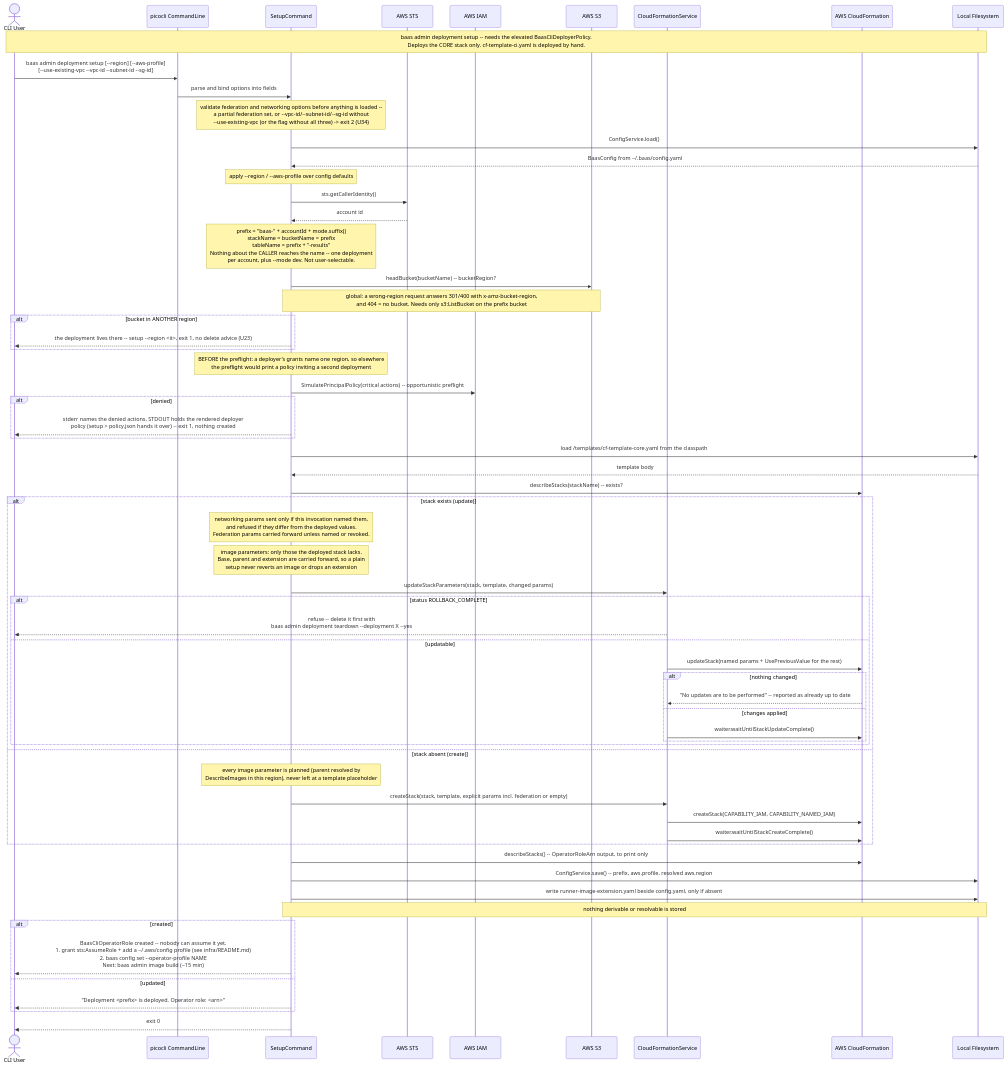
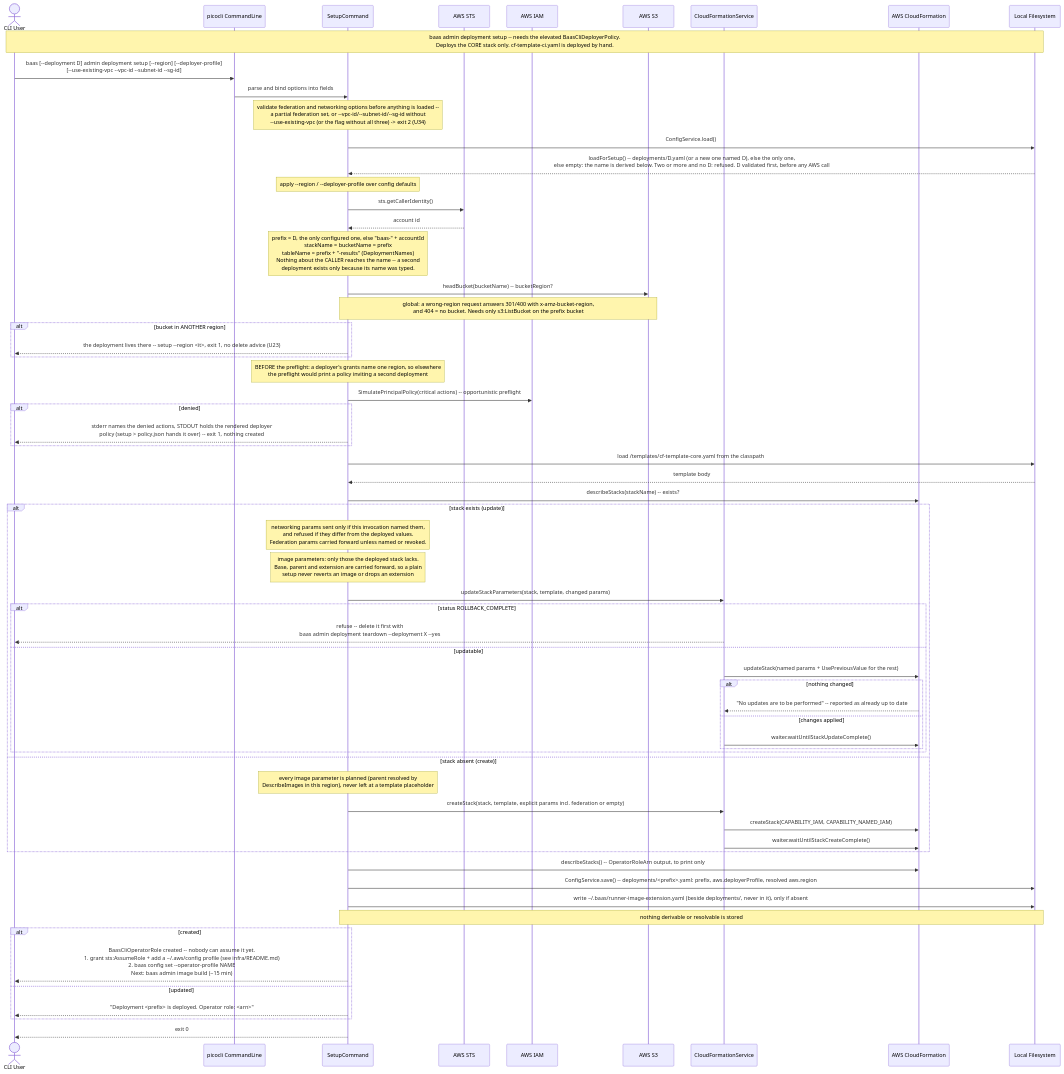
One commit to wsztajerowski/benchmark-as-a-service changed the diagram in docs/diagrams/baas-setup.mmd. Above: the diagram before and after it, drawn with Mermaid. The commit also changed 17 other files, not shown here.

First line of the commit message:
docs: record several deployments per account (ADR 0006) and close U36, C5, U33

```diff
--- a/docs/diagrams/baas-setup.mmd
+++ b/docs/diagrams/baas-setup.mmd
@@ -1,68 +1,68 @@
 sequenceDiagram
     actor User as CLI User
     participant picocli as picocli CommandLine
     participant SC as SetupCommand
     participant STS as AWS STS
     participant IAM as AWS IAM
     participant S3 as AWS S3
     participant CFSvc as CloudFormationService
     participant CF as AWS CloudFormation
     participant FS as Local Filesystem
 
     Note over User,FS: baas admin deployment setup -- needs the elevated BaasCliDeployerPolicy.<br/>Deploys the CORE stack only. cf-template-ci.yaml is deployed by hand.
-    User->>picocli: baas admin deployment setup [--region] [--aws-profile]<br/>[--use-existing-vpc --vpc-id --subnet-id --sg-id]
+    User->>picocli: baas [--deployment D] admin deployment setup [--region] [--deployer-profile]<br/>[--use-existing-vpc --vpc-id --subnet-id --sg-id]
     picocli->>SC: parse and bind options into fields
     Note over SC: validate federation and networking options before anything is loaded --<br/>a partial federation set, or --vpc-id/--subnet-id/--sg-id without<br/>--use-existing-vpc (or the flag without all three) -> exit 2 (U34)
     SC->>FS: ConfigService.load()
-    FS-->>SC: BaasConfig from ~/.baas/config.yaml
-    Note over SC: apply --region / --aws-profile over config defaults
+    FS-->>SC: loadForSetup() -- deployments/D.yaml (or a new one named D), else the only one,<br/>else empty: the name is derived below. Two or more and no D: refused. D validated first, before any AWS call
+    Note over SC: apply --region / --deployer-profile over config defaults
     SC->>STS: sts.getCallerIdentity()
     STS-->>SC: account id
-    Note over SC: prefix = "baas-" + accountId + mode.suffix()<br/>stackName = bucketName = prefix<br/>tableName = prefix + "-results"<br/>Nothing about the CALLER reaches the name -- one deployment<br/>per account, plus --mode dev. Not user-selectable.
+    Note over SC: prefix = D, the only configured one, else "baas-" + accountId<br/>stackName = bucketName = prefix<br/>tableName = prefix + "-results" (DeploymentNames)<br/>Nothing about the CALLER reaches the name -- a second<br/>deployment exists only because its name was typed.
     SC->>S3: headBucket(bucketName) -- bucketRegion?
     Note over SC,S3: global: a wrong-region request answers 301/400 with x-amz-bucket-region,<br/>and 404 = no bucket. Needs only s3:ListBucket on the prefix bucket
     alt bucket in ANOTHER region
         SC-->>User: the deployment lives there -- setup --region <it>, exit 1, no delete advice (U23)
     end
     Note over SC: BEFORE the preflight: a deployer's grants name one region, so elsewhere<br/>the preflight would print a policy inviting a second deployment
     SC->>IAM: SimulatePrincipalPolicy(critical actions) -- opportunistic preflight
     alt denied
         SC-->>User: stderr names the denied actions, STDOUT holds the rendered deployer<br/>policy (setup > policy.json hands it over) -- exit 1, nothing created
     end
     SC->>FS: load /templates/cf-template-core.yaml from the classpath
     FS-->>SC: template body
 
     SC->>CF: describeStacks(stackName) -- exists?
     alt stack exists (update)
         Note over SC: networking params sent only if this invocation named them,<br/>and refused if they differ from the deployed values.<br/>Federation params carried forward unless named or revoked.
         Note over SC: image parameters: only those the deployed stack lacks.<br/>Base, parent and extension are carried forward, so a plain<br/>setup never reverts an image or drops an extension
         SC->>CFSvc: updateStackParameters(stack, template, changed params)
         alt status ROLLBACK_COMPLETE
             CFSvc-->>User: refuse -- delete it first with<br/>baas admin deployment teardown --deployment X --yes
         else updatable
             CFSvc->>CF: updateStack(named params + UsePreviousValue for the rest)
             alt nothing changed
                 CF-->>CFSvc: "No updates are to be performed" -- reported as already up to date
             else changes applied
                 CFSvc->>CF: waiter.waitUntilStackUpdateComplete()
             end
         end
     else stack absent (create)
         Note over SC: every image parameter is planned (parent resolved by<br/>DescribeImages in this region), never left at a template placeholder
         SC->>CFSvc: createStack(stack, template, explicit params incl. federation or empty)
         CFSvc->>CF: createStack(CAPABILITY_IAM, CAPABILITY_NAMED_IAM)
         CFSvc->>CF: waiter.waitUntilStackCreateComplete()
     end
 
     SC->>CF: describeStacks() -- OperatorRoleArn output, to print only
-    SC->>FS: ConfigService.save() -- prefix, aws.profile, resolved aws.region
-    SC->>FS: write runner-image-extension.yaml beside config.yaml, only if absent
+    SC->>FS: ConfigService.save() -- deployments/<prefix>.yaml: prefix, aws.deployerProfile, resolved aws.region
+    SC->>FS: write ~/.baas/runner-image-extension.yaml (beside deployments/, never in it), only if absent
     Note over SC,FS: nothing derivable or resolvable is stored
 
     alt created
         SC-->>User: BaasCliOperatorRole created -- nobody can assume it yet.<br/>1. grant sts:AssumeRole + add a ~/.aws/config profile (see infra/README.md)<br/>2. baas config set --operator-profile NAME<br/>Next: baas admin image build (~15 min)
     else updated
         SC-->>User: "Deployment <prefix> is deployed. Operator role: <arn>"
     end
 
     SC-->>User: exit 0
```
